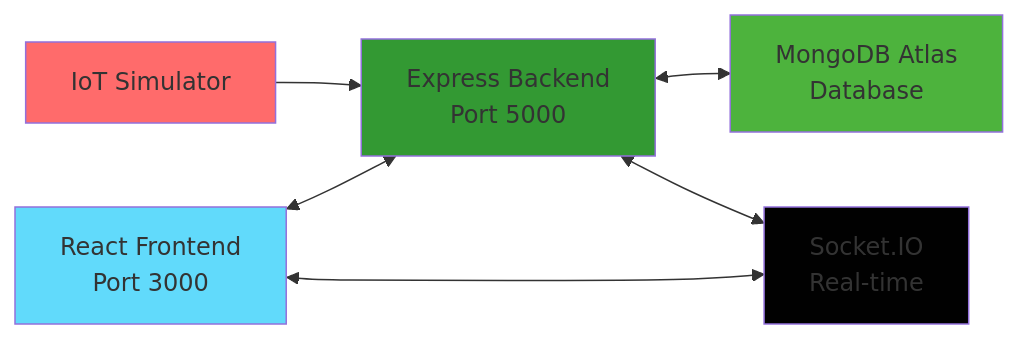
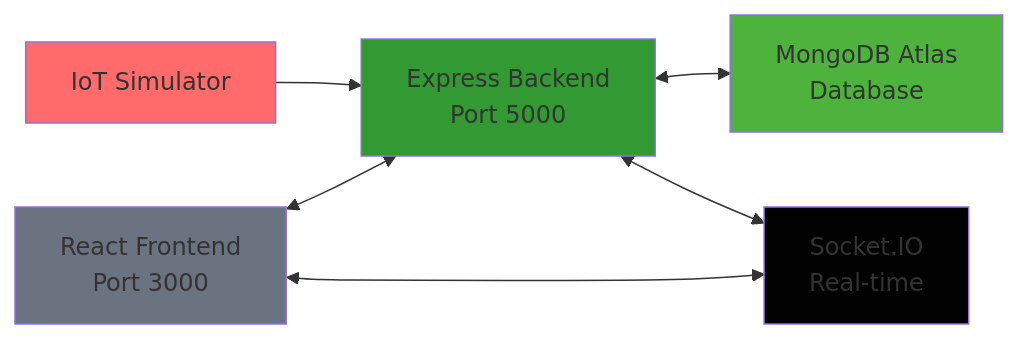
One commit to AyanAhmedKhan/Workshop-MernIoT changed the diagram in README.md. Above: the diagram before and after it, drawn with Mermaid.

````diff
--- a/README.md
+++ b/README.md
@@ -62,14 +62,14 @@
 ```mermaid
 graph LR
     A[React Frontend<br/>Port 3000] <--> B[Express Backend<br/>Port 5000]
     B <--> C[MongoDB Atlas<br/>Database]
     A <--> D[Socket.IO<br/>Real-time]
     B <--> D
     E[IoT Simulator] --> B
     
-    style A fill:#61dafb
+    style A fill:#6B7280
     style B fill:#339933
     style C fill:#4DB33D	
     style D fill:#010101
     style E fill:#ff6b6b
 ```
````
